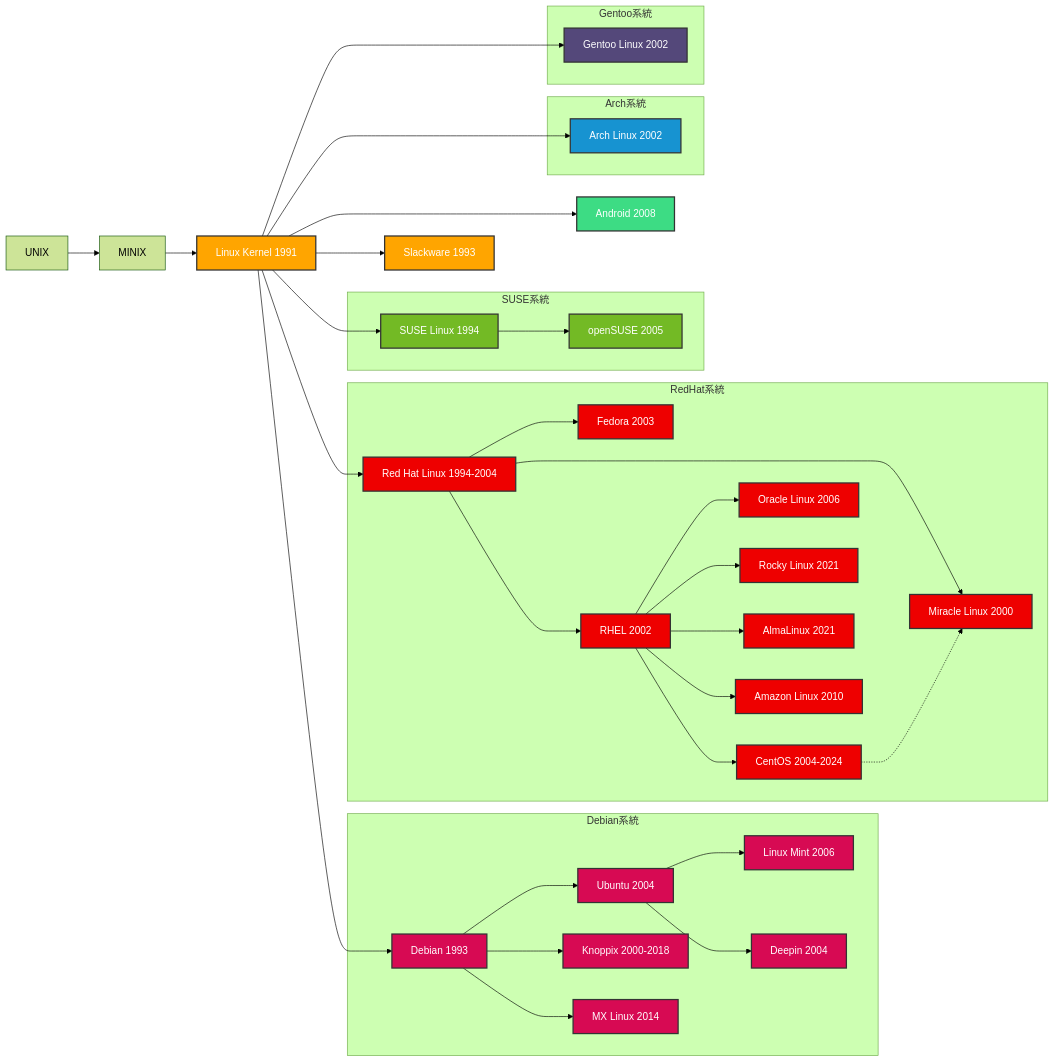
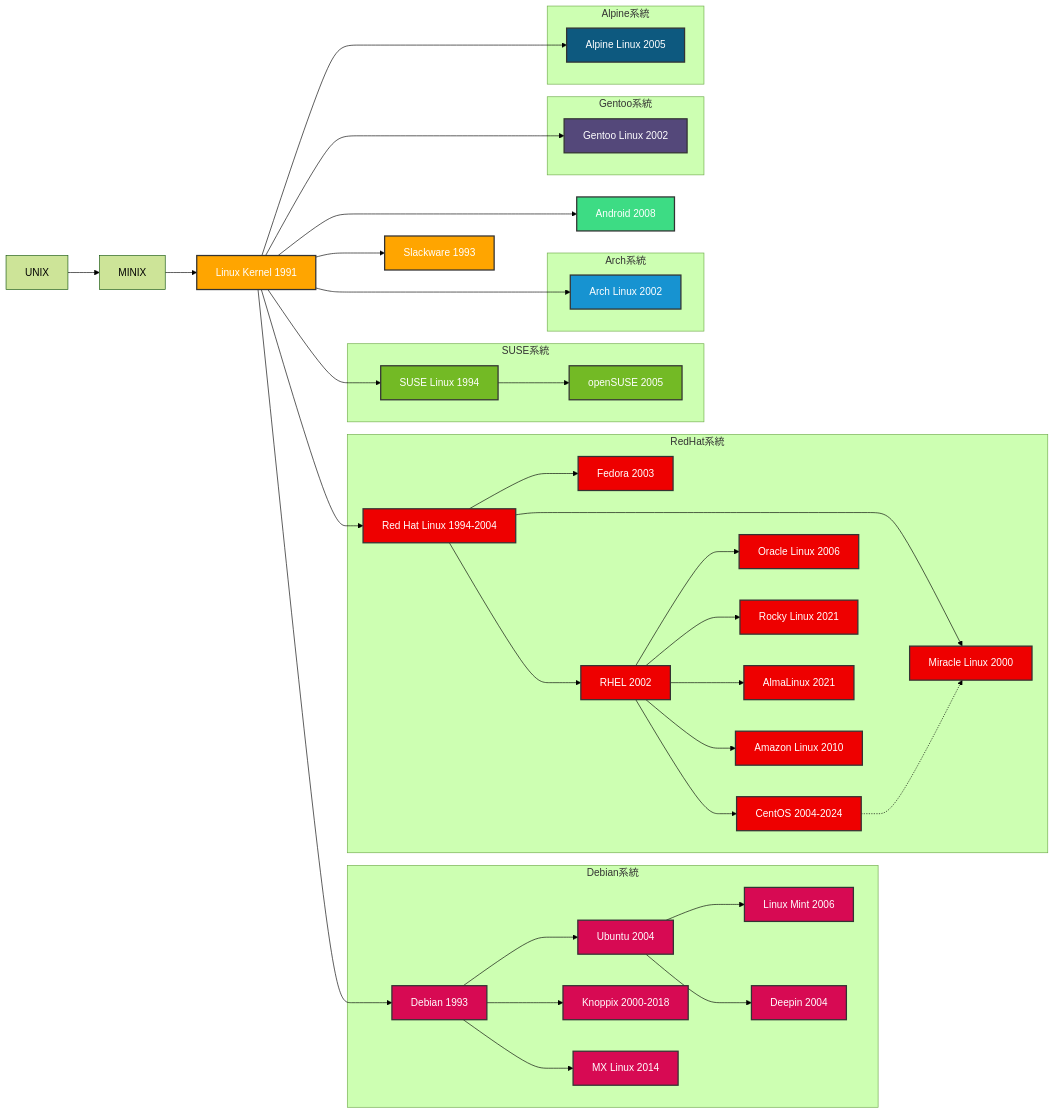
The diagram in iso/系図.md (hnuma1979/hnuma1979), drawn with Mermaid (forest theme) before and after one commit. The commit also changed other lines of this file, not shown here.

Commit message:
Alpine Linux 追加

````diff
--- a/iso/系図.md
+++ b/iso/系図.md
@@ -11,6 +11,7 @@
     Linux ---> Arch
     Linux ---> Gentoo
     Linux --> SUSE
+    Linux ---> Alpine
     Linux ---> Android[Android 2008]
     
     subgraph Debian系統
@@ -65,12 +66,17 @@
         Gentoo[Gentoo Linux 2002]
     end
     
+    subgraph Alpine系統
+        Alpine[Alpine Linux 2005]
+    end
+    
     %% スタイル設定
     classDef debianStyle fill:#d70a53,stroke:#333,stroke-width:2px,color:#fff
     classDef redhatStyle fill:#ee0000,stroke:#333,stroke-width:2px,color:#fff
     classDef archStyle fill:#1793d1,stroke:#333,stroke-width:2px,color:#fff
     classDef suseStyle fill:#73ba25,stroke:#333,stroke-width:2px,color:#fff
     classDef gentooStyle fill:#54487a,stroke:#333,stroke-width:2px,color:#fff
+    classDef alpineStyle fill:#0d597f,stroke:#333,stroke-width:2px,color:#fff
     classDef androidStyle fill:#3ddc84,stroke:#333,stroke-width:2px,color:#fff
     classDef baseStyle fill:#ffa500,stroke:#333,stroke-width:2px,color:#fff
     
@@ -79,6 +85,7 @@
     class Arch archStyle
     class SUSE,openSUSE suseStyle
     class Gentoo gentooStyle
+    class Alpine alpineStyle
     class Android androidStyle
     class Linux,Slackware baseStyle
 ```
````
